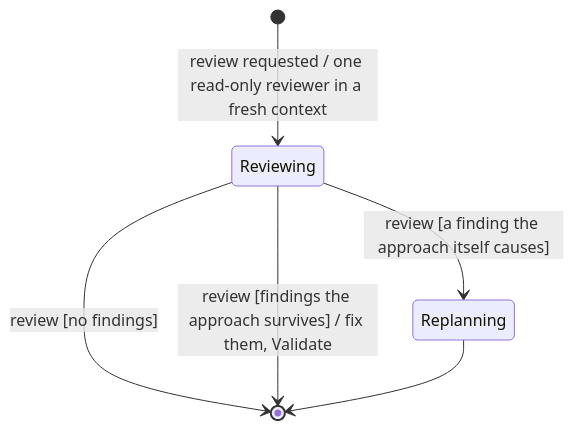
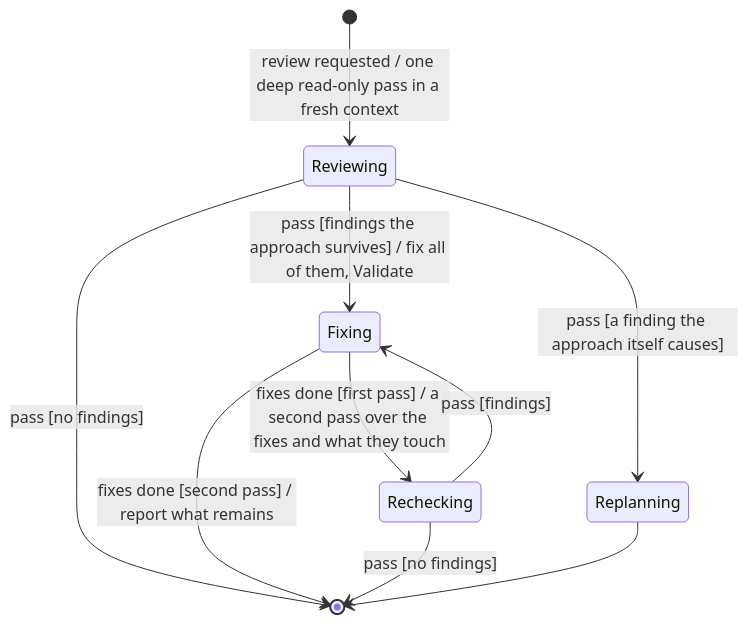
The second of 2 diagrams in .claude/skills/verification/SKILL.md (MP281X/deslop), drawn with Mermaid before and after one commit. The commit also changed other lines of this file and 11 other files, not shown here.

````diff
--- a/.claude/skills/verification/SKILL.md
+++ b/.claude/skills/verification/SKILL.md
@@ -39,8 +39,12 @@
 ```mermaid
 stateDiagram-v2
-    [*] --> Reviewing : review requested / one read-only reviewer in a fresh context
-    Reviewing --> [*] : review [no findings]
-    Reviewing --> [*] : review [findings the approach survives] / fix them, Validate
-    Reviewing --> Replanning : review [a finding the approach itself causes]
+    [*] --> Reviewing : review requested / one deep read-only pass in a fresh context
+    Reviewing --> [*] : pass [no findings]
+    Reviewing --> Fixing : pass [findings the approach survives] / fix all of them, Validate
+    Fixing --> Rechecking : fixes done [first pass] / a second pass over the fixes and what they touch
+    Fixing --> [*] : fixes done [second pass] / report what remains
+    Rechecking --> [*] : pass [no findings]
+    Rechecking --> Fixing : pass [findings]
+    Reviewing --> Replanning : pass [a finding the approach itself causes]
     Replanning --> [*]
 ```
````
